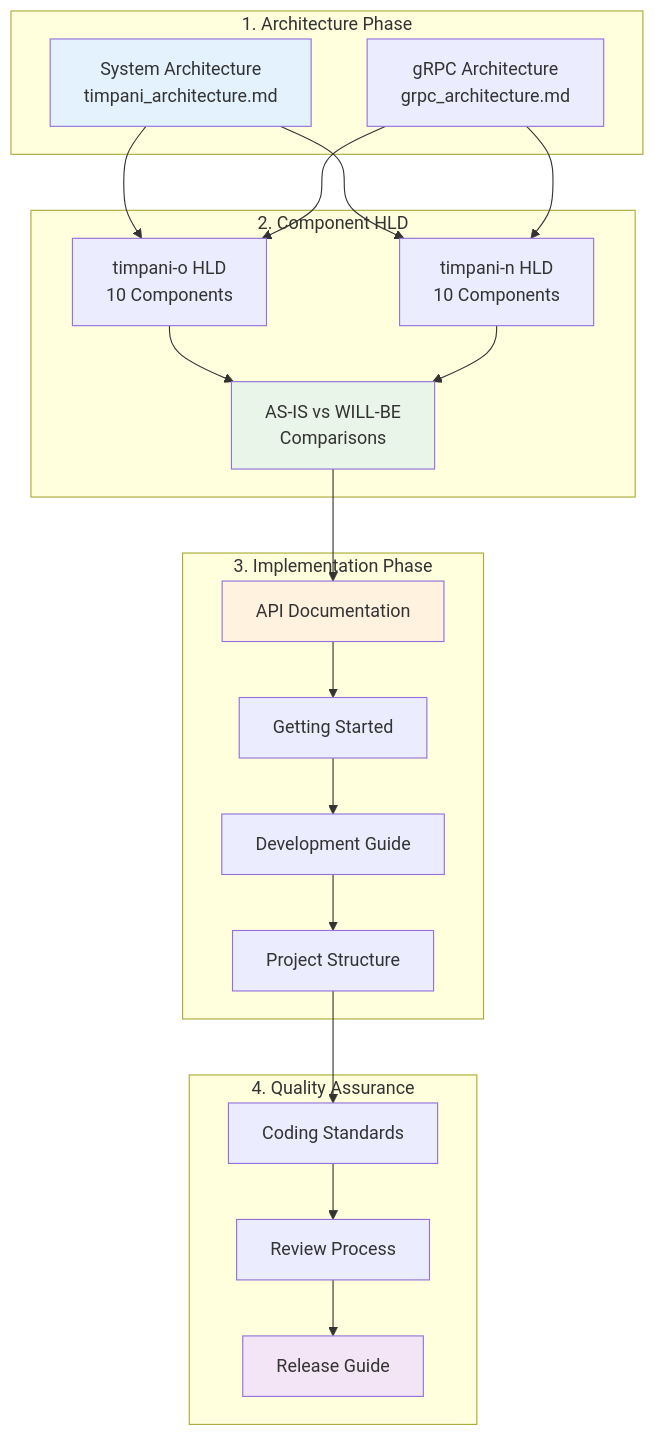
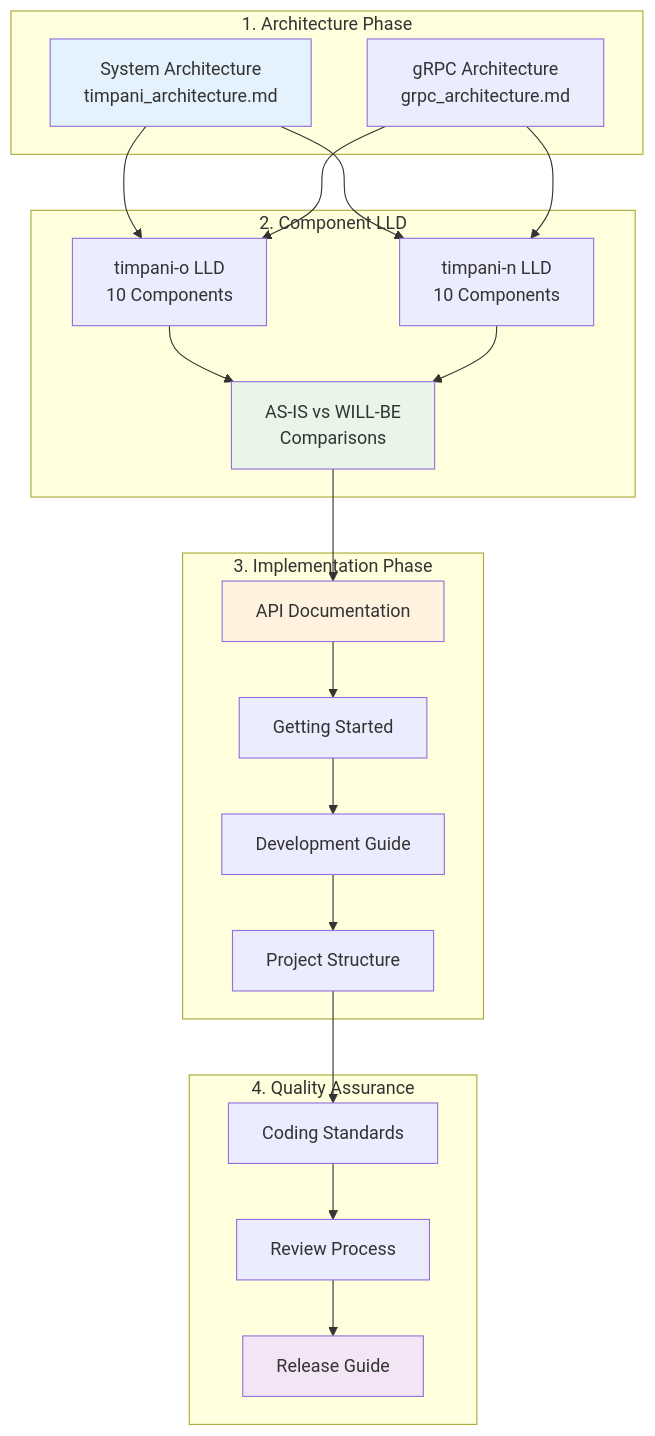
The diagram in doc/README.md (akshaylg0314/timpani-akshay), drawn with Mermaid before and after one commit. The commit also changed other lines of this file and 3 other files, not shown here.

````diff
--- a/doc/README.md
+++ b/doc/README.md
@@ -96,48 +96,48 @@
 ```mermaid
 graph TD
     subgraph "1. Architecture Phase"
         A1[System Architecture<br/>timpani_architecture.md]
         A2[gRPC Architecture<br/>grpc_architecture.md]
     end
 
-    subgraph "2. Component HLD"
-        H1[timpani-o HLD<br/>10 Components]
-        H2[timpani-n HLD<br/>10 Components]
+    subgraph "2. Component LLD"
+        H1[timpani-o LLD<br/>10 Components]
+        H2[timpani-n LLD<br/>10 Components]
         H3[AS-IS vs WILL-BE<br/>Comparisons]
     end
 
     subgraph "3. Implementation Phase"
         I1[API Documentation]
         I2[Getting Started]
         I3[Development Guide]
         I4[Project Structure]
     end
 
     subgraph "4. Quality Assurance"
         Q1[Coding Standards]
         Q2[Review Process]
         Q3[Release Guide]
     end
 
     A1 --> H1
     A1 --> H2
     A2 --> H1
     A2 --> H2
 
     H1 --> H3
     H2 --> H3
 
     H3 --> I1
     I1 --> I2
     I2 --> I3
     I3 --> I4
 
     I4 --> Q1
     Q1 --> Q2
     Q2 --> Q3
 
     style A1 fill:#e3f2fd
     style H3 fill:#e8f5e8
     style I1 fill:#fff3e0
     style Q3 fill:#f3e5f5
 ```
````
